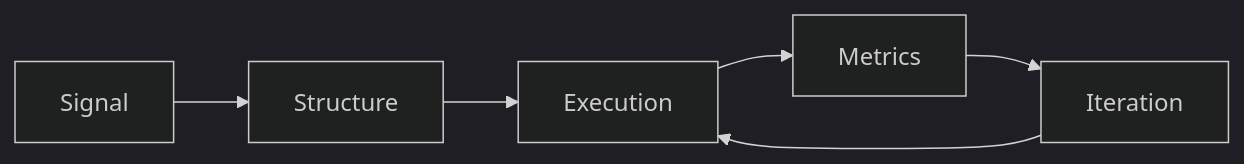
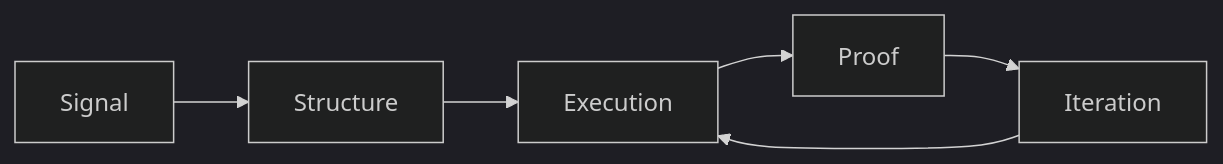
Before and after one commit to AgentMotus/AgentMotus: the diagram in README.md, drawn with Mermaid (dark theme). The commit also changed other lines of this file, not shown here.

````diff
--- a/README.md
+++ b/README.md
@@ -54,8 +75,8 @@
 ```mermaid
 flowchart LR
     A[Signal] --> B[Structure]
     B --> C[Execution]
-    C --> D[Metrics]
+    C --> D[Proof]
     D --> E[Iteration]
     E --> C
 ```
````
